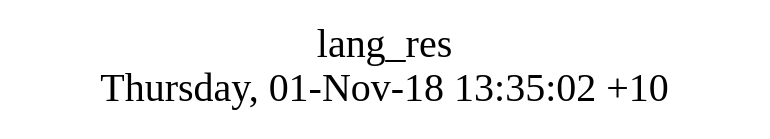
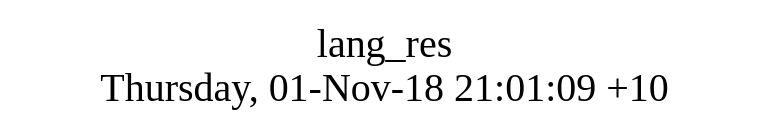
One commit to AplaProject/apps changed the diagram in src/lang_res/struct.dot. Above: the diagram before and after it, drawn with Graphviz. The commit also changed 62 other files, not shown here.

```diff
--- a/src/lang_res/struct.dot
+++ b/src/lang_res/struct.dot
@@ -1,8 +1,8 @@
 digraph G {
 fontsize="24";
-label="lang_res\nThursday, 01-Nov-18 13:35:02 +10";
+label="lang_res\nThursday, 01-Nov-18 21:01:09 +10";
 nojustify=true;
 ordering=out;
 rankdir=LR;
 size="30";
 }
```
